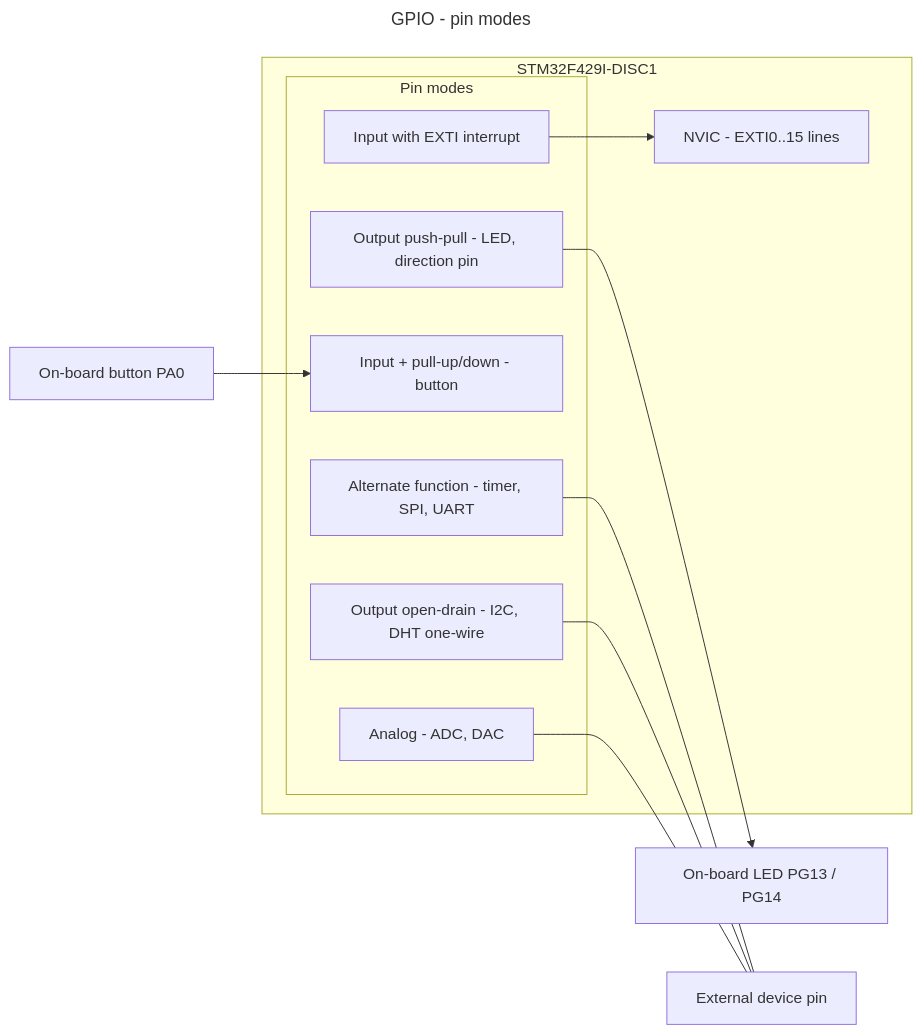
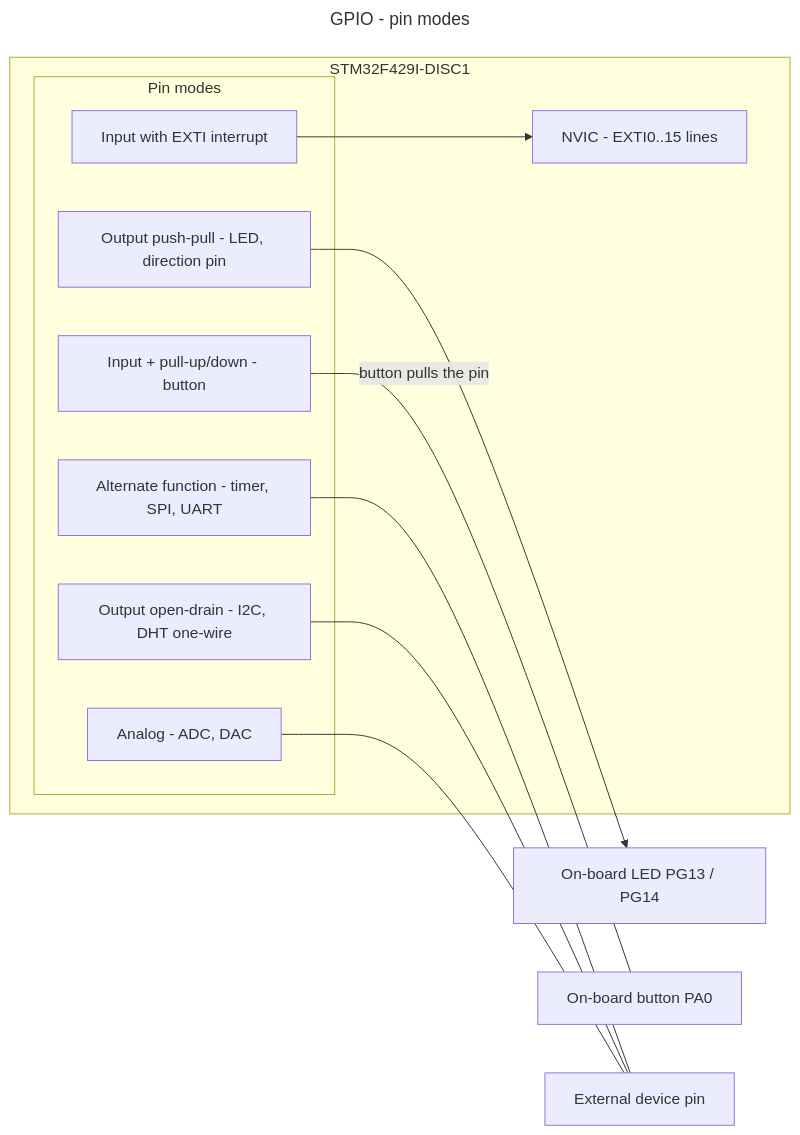
One commit to Ekpenyong-Esu/BareMetalMCU2 changed the diagram in Sensor_Cons/Peripherals/GPIO/gpio_wiring.mmd. Above: the diagram before and after it, drawn with Mermaid. The commit also changed 19 other files, not shown here.

First line of the commit message:
Rank every wiring diagram into a single row

```diff
--- a/Sensor_Cons/Peripherals/GPIO/gpio_wiring.mmd
+++ b/Sensor_Cons/Peripherals/GPIO/gpio_wiring.mmd
@@ -1,30 +1,30 @@
 ---
 title: GPIO - pin modes
 ---
 %% Generic driver - the application picks the pins.
 %% Board examples from Peripherals/BOARD/board.h.
 %% GPIO_Driver_Pin_Init turns on the port clock for you.
 %% Open-drain can only pull low, so it always needs a pull-up somewhere.
 flowchart LR
     subgraph MCU["STM32F429I-DISC1"]
         subgraph MODES["Pin modes"]
             OUTPP["Output push-pull - LED, direction pin"]
             OUTOD["Output open-drain - I2C, DHT one-wire"]
             IN["Input + pull-up/down - button"]
             AF["Alternate function - timer, SPI, UART"]
             ANA["Analog - ADC, DAC"]
             IT["Input with EXTI interrupt"]
         end
         NVIC["NVIC - EXTI0..15 lines"]
     end
 
     LED["On-board LED PG13 / PG14"]
     BTN["On-board button PA0"]
     EXT["External device pin"]
 
     OUTPP --> LED
-    BTN --> IN
+    IN ---|"button pulls the pin"| BTN
     AF --- EXT
     OUTOD --- EXT
     ANA --- EXT
     IT --> NVIC
```
